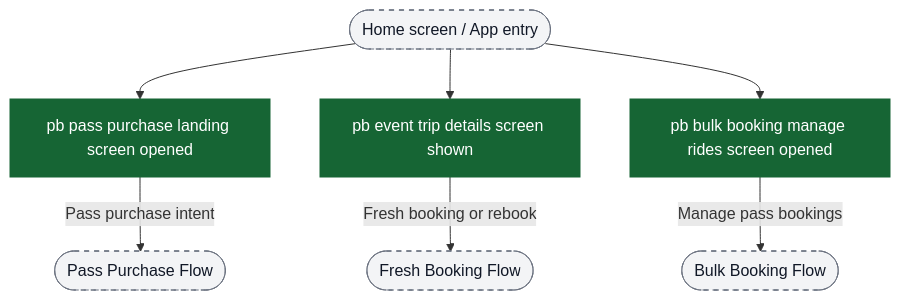
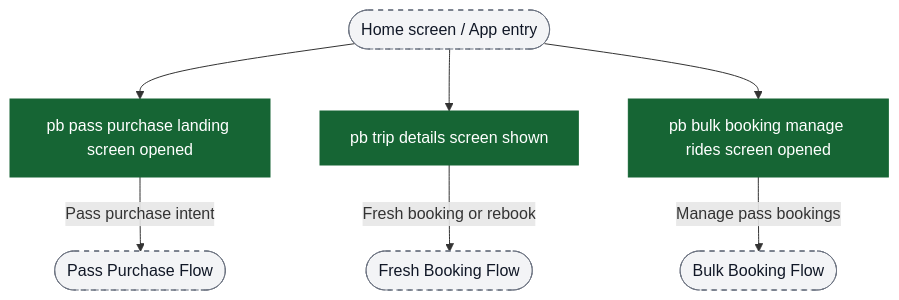
One commit to ratulsarna/chalo-app-dashboard changed the second of 13 diagrams in content/analytics/premium-bus-booking/flow-diagrams.md. Above: the diagram before and after it, drawn with Mermaid. The commit also changed other lines of this file and 3 other files, not shown here.

Commit message:
fix(analytics): update lastAudited dates and standardize event names in trip-planner and premium-bus booking flows feat(analytics): add new properties for premium bus route events in trip planner

````diff
--- a/content/analytics/premium-bus-booking/flow-diagrams.md
+++ b/content/analytics/premium-bus-booking/flow-diagrams.md
@@ -34,16 +34,16 @@
 ```mermaid
 flowchart TD
   ui_home([Home screen / App entry]) --> ev_passLandingOpen["pb pass purchase landing screen opened"]
-  ui_home --> ev_tripDetailsOpen["pb event trip details screen shown"]
+  ui_home --> ev_tripDetailsOpen["pb trip details screen shown"]
   ui_home --> ev_bulkOpen["pb bulk booking manage rides screen opened"]
 
   ev_passLandingOpen -->|Pass purchase intent| ui_passFlow([Pass Purchase Flow])
   ev_tripDetailsOpen -->|Fresh booking or rebook| ui_freshFlow([Fresh Booking Flow])
   ev_bulkOpen -->|Manage pass bookings| ui_bulkFlow([Bulk Booking Flow])
 
   classDef event fill:#166534,stroke:#166534,color:#ffffff;
   classDef ui fill:#f3f4f6,stroke:#6b7280,stroke-dasharray: 5 5,color:#111827;
 
   class ev_passLandingOpen,ev_tripDetailsOpen,ev_bulkOpen event;
   class ui_home,ui_passFlow,ui_freshFlow,ui_bulkFlow ui;
 ```
````
